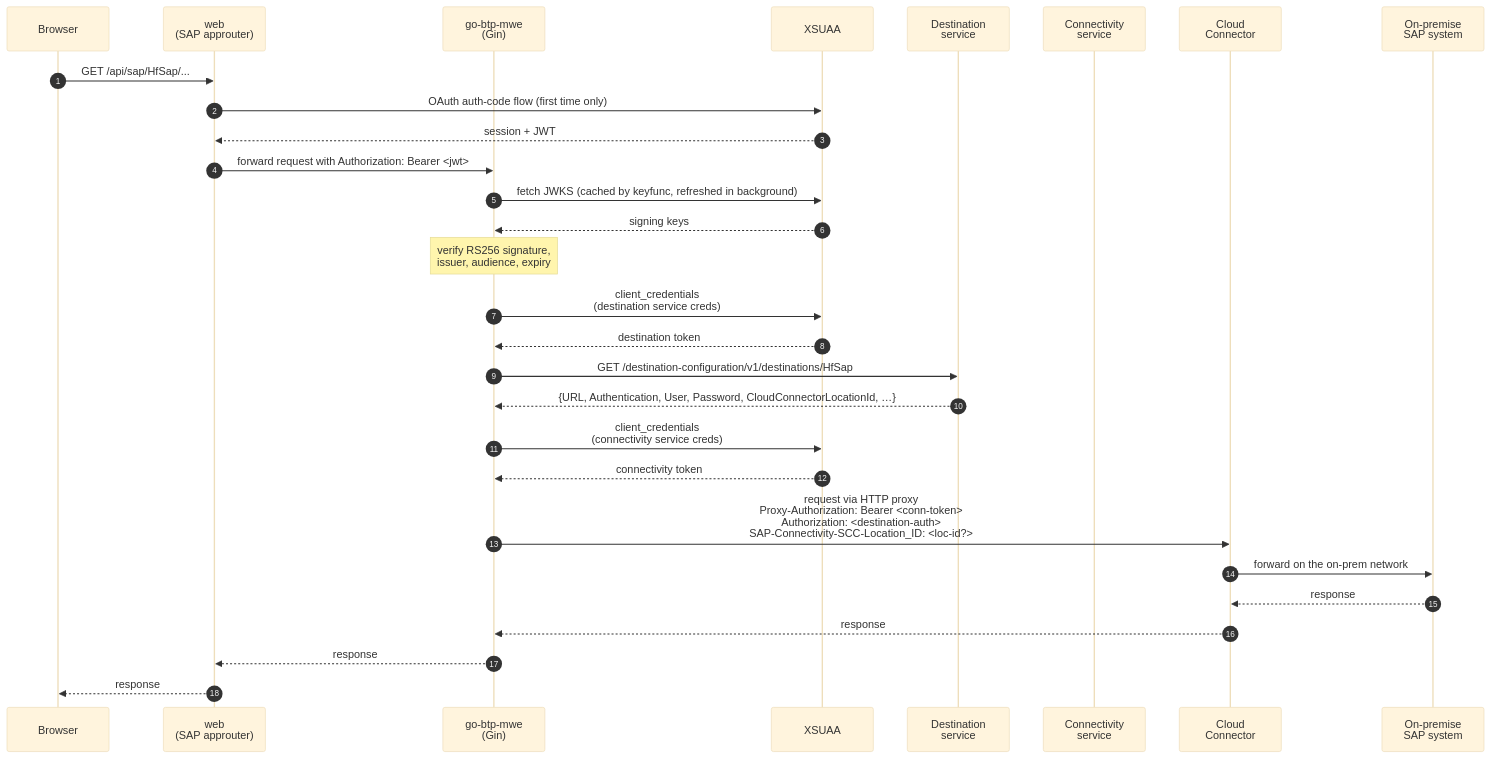
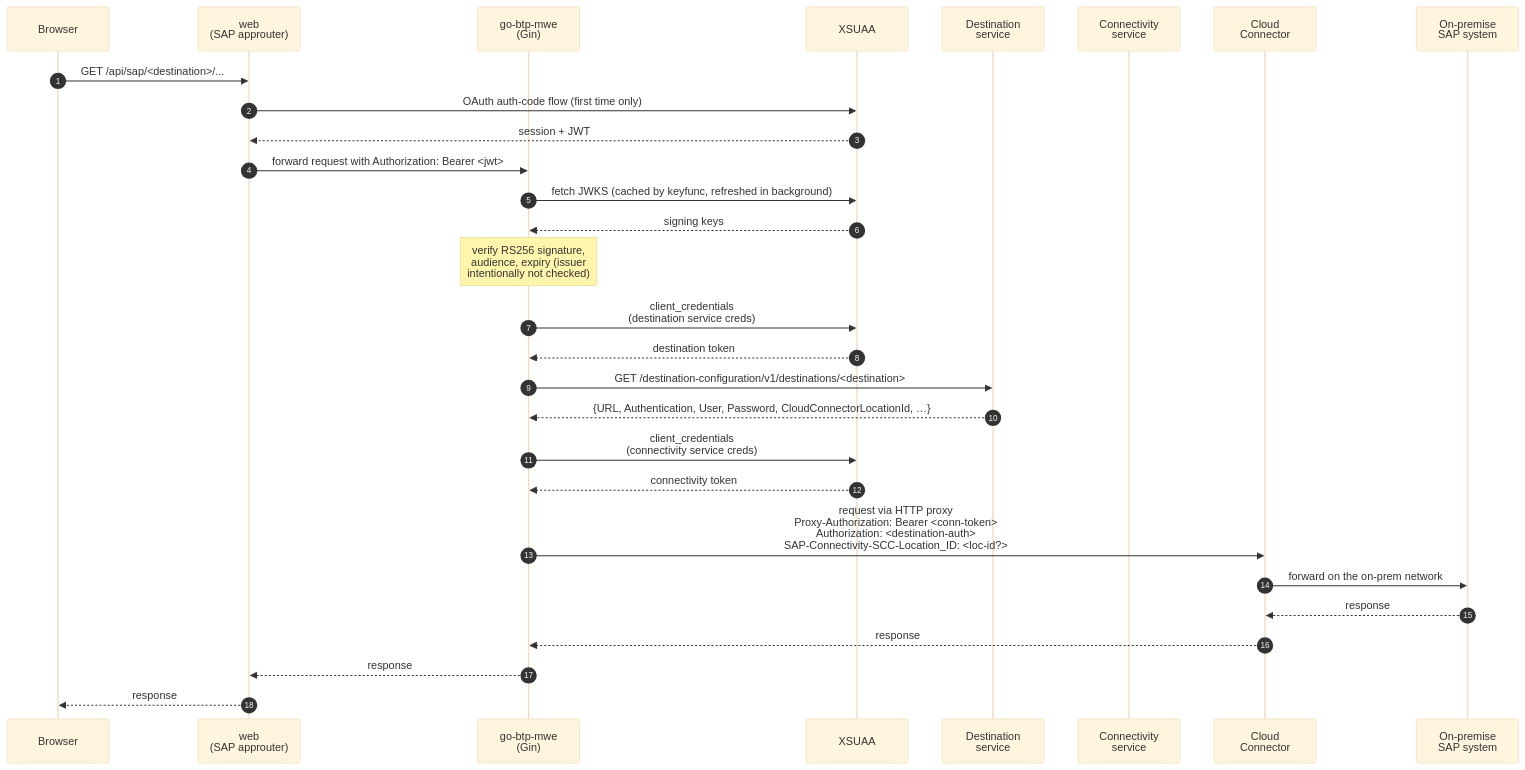
Before and after one commit to Hochfrequenz/go-sap-btp-cf-template: the diagram in README.md, drawn with Mermaid (base theme). The commit also changed other lines of this file and 2 other files, not shown here.

````diff
--- a/README.md
+++ b/README.md
@@ -14,35 +14,35 @@
 ```mermaid
 sequenceDiagram
     autonumber
     participant Browser
     participant AR as web<br/>(SAP approuter)
     participant Go as go-btp-mwe<br/>(Gin)
     participant XSUAA
     participant Dest as Destination<br/>service
     participant Conn as Connectivity<br/>service
     participant CC as Cloud<br/>Connector
     participant SAP as On-premise<br/>SAP system
 
-    Browser->>AR: GET /api/sap/HfSap/...
+    Browser->>AR: GET /api/sap/<destination>/...
     AR->>XSUAA: OAuth auth-code flow (first time only)
     XSUAA-->>AR: session + JWT
     AR->>Go: forward request with Authorization: Bearer <jwt>
     Go->>XSUAA: fetch JWKS (cached by keyfunc, refreshed in background)
     XSUAA-->>Go: signing keys
-    Note over Go: verify RS256 signature,<br/>issuer, audience, expiry
+    Note over Go: verify RS256 signature,<br/>audience, expiry (issuer<br/>intentionally not checked)
 
     Go->>XSUAA: client_credentials<br/>(destination service creds)
     XSUAA-->>Go: destination token
-    Go->>Dest: GET /destination-configuration/v1/destinations/HfSap
+    Go->>Dest: GET /destination-configuration/v1/destinations/<destination>
     Dest-->>Go: {URL, Authentication, User, Password, CloudConnectorLocationId, …}
 
     Go->>XSUAA: client_credentials<br/>(connectivity service creds)
     XSUAA-->>Go: connectivity token
 
     Go->>CC: request via HTTP proxy<br/>Proxy-Authorization: Bearer <conn-token><br/>Authorization: <destination-auth><br/>SAP-Connectivity-SCC-Location_ID: <loc-id?>
     CC->>SAP: forward on the on-prem network
     SAP-->>CC: response
     CC-->>Go: response
     Go-->>AR: response
     AR-->>Browser: response
 ```
````
